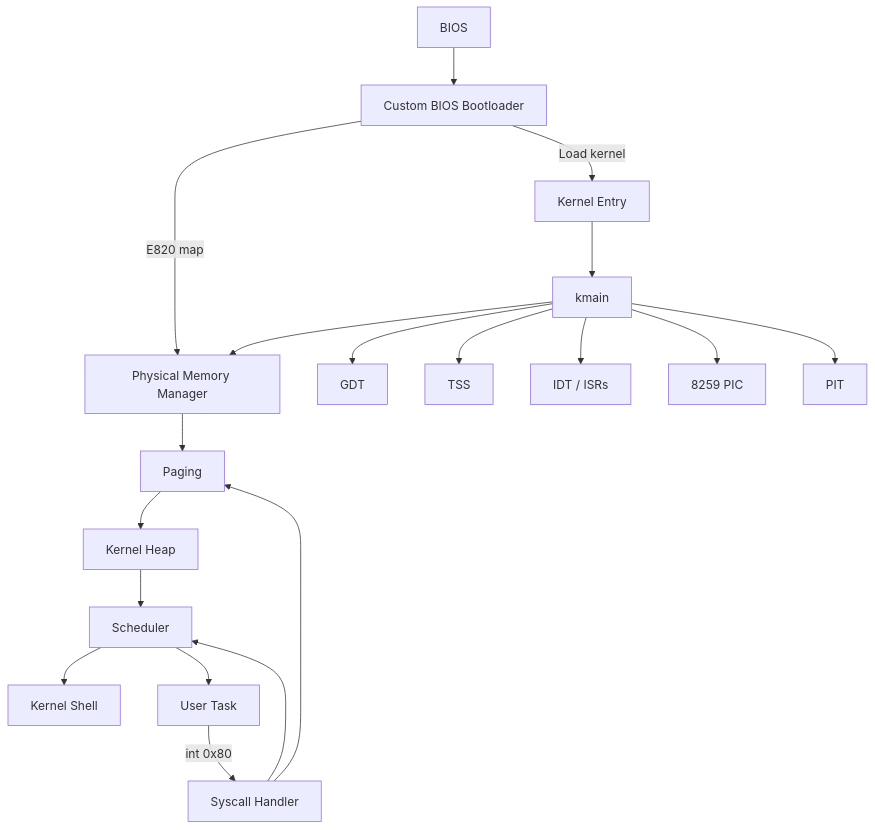
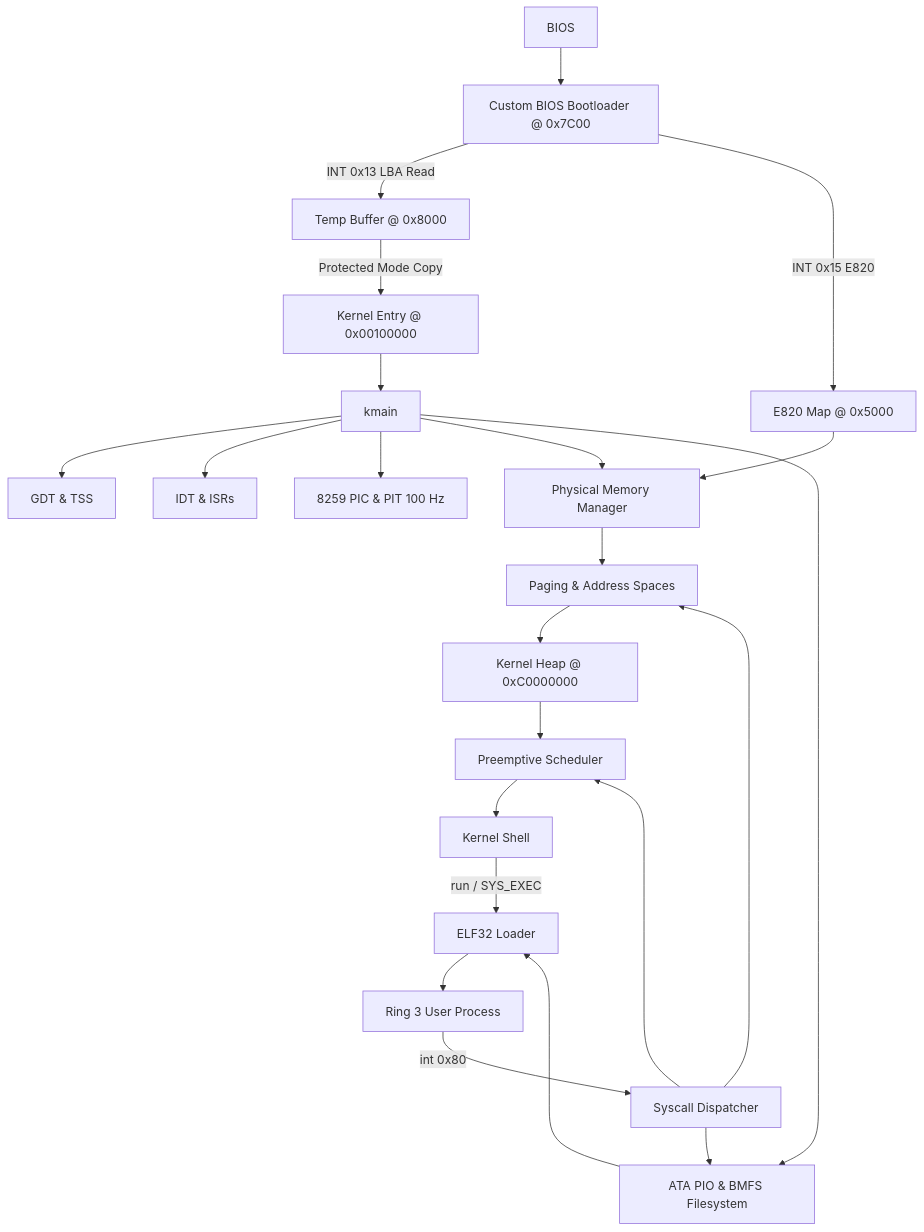
One commit to abhinavprakash-x/osdev changed the first of 2 diagrams in docs/architecture.md. Above: the diagram before and after it, drawn with Mermaid. The commit also changed other lines of this file and 18 other files, not shown here.

````diff
--- a/docs/architecture.md
+++ b/docs/architecture.md
@@ -9,23 +9,27 @@
 ```mermaid
 flowchart TD
-    BIOS --> BL[Custom BIOS Bootloader]
-    BL -->|Load kernel| KE[Kernel Entry]
-    BL -->|E820 map| PMM[Physical Memory Manager]
+    BIOS --> BL[Custom BIOS Bootloader @ 0x7C00]
+    BL -->|INT 0x13 LBA Read| TMP[Temp Buffer @ 0x8000]
+    BL -->|INT 0x15 E820| E820[E820 Map @ 0x5000]
+    TMP -->|Protected Mode Copy| KE[Kernel Entry @ 0x00100000]
     KE --> KM[kmain]
 
-    KM --> GDT[GDT]
-    KM --> TSS[TSS]
-    KM --> IDT[IDT / ISRs]
-    KM --> PIC[8259 PIC]
-    KM --> PIT[PIT]
+    KM --> GDT[GDT & TSS]
+    KM --> IDT[IDT & ISRs]
+    KM --> PIC[8259 PIC & PIT 100 Hz]
+    E820 --> PMM[Physical Memory Manager]
     KM --> PMM
-    PMM --> PAG[Paging]
-    PAG --> HEAP[Kernel Heap]
-    HEAP --> SCH[Scheduler]
+    PMM --> PAG[Paging & Address Spaces]
+    PAG --> HEAP[Kernel Heap @ 0xC0000000]
+    HEAP --> SCH[Preemptive Scheduler]
+    KM --> FS[ATA PIO & BMFS Filesystem]
     SCH --> SHELL[Kernel Shell]
 
-    SCH --> USER[User Task]
-    USER -->|int 0x80| SYSCALL[Syscall Handler]
+    SHELL -->|run / SYS_EXEC| ELF[ELF32 Loader]
+    FS --> ELF
+    ELF --> USER[Ring 3 User Process]
+    USER -->|int 0x80| SYSCALL[Syscall Dispatcher]
     SYSCALL --> SCH
     SYSCALL --> PAG
+    SYSCALL --> FS
 ```
````
